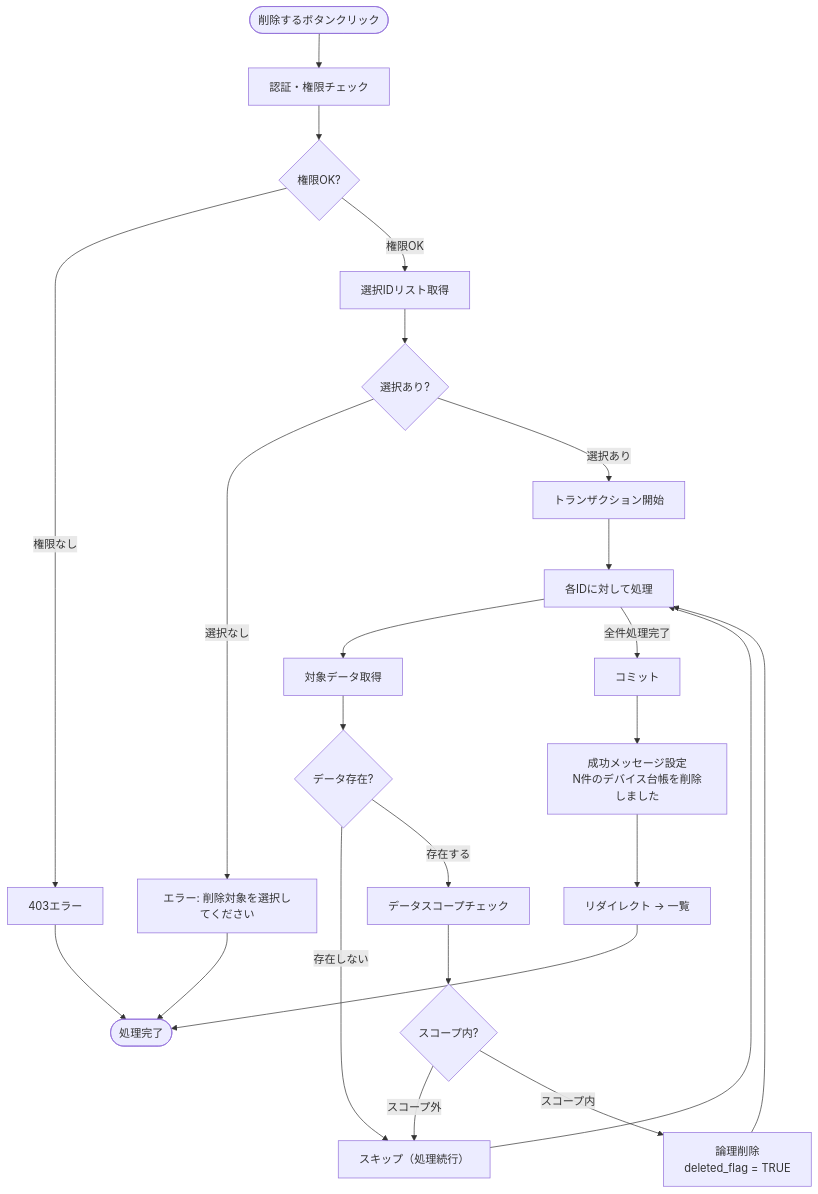
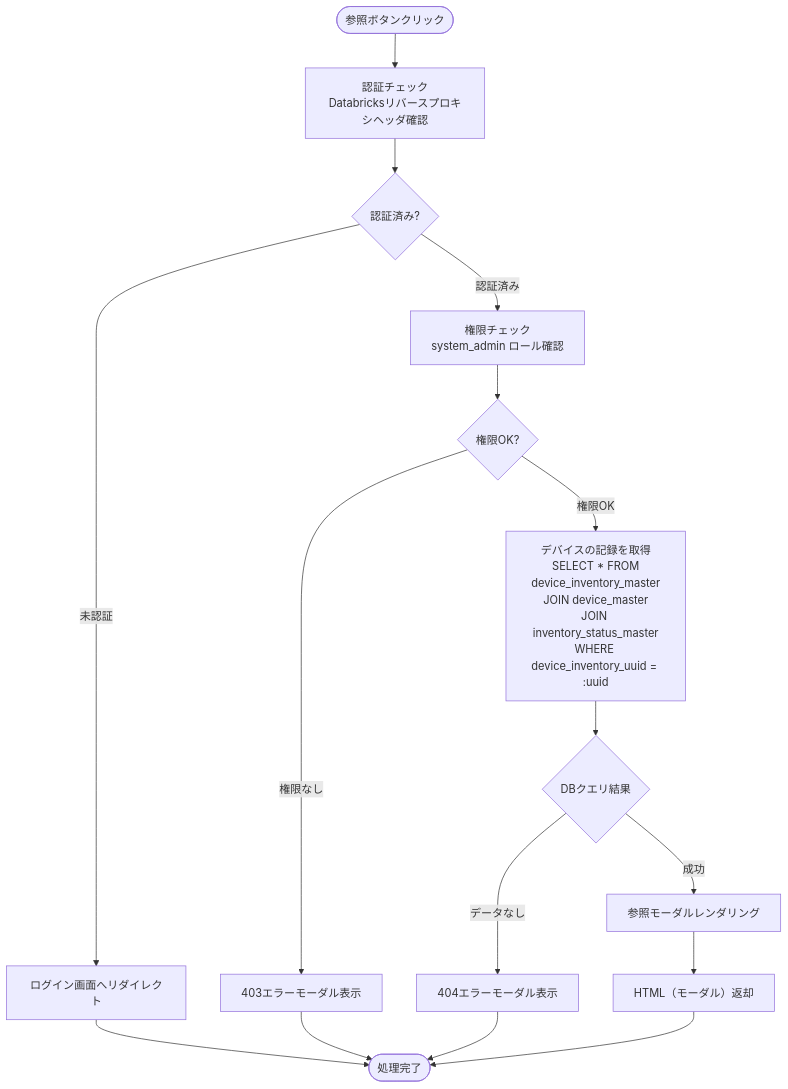
The eighth of 9 diagrams in docs/03-features/flask-app/device-inventory/workflow-specification.md (NSW-SVCP-AIWG002/Databricks-IoT), drawn with Mermaid before and after one commit. The commit also changed other lines of this file and 89 other files, not shown here.

````diff
--- a/docs/03-features/flask-app/device-inventory/workflow-specification.md
+++ b/docs/03-features/flask-app/device-inventory/workflow-specification.md
@@ -667,35 +1068,22 @@
 ```mermaid
 flowchart TD
-    Start([削除するボタンクリック]) --> Auth[認証・権限チェック]
-    Auth --> CheckPerm{権限OK?}
-    CheckPerm -->|権限なし| Error403[403エラー]
+    Start([参照ボタンクリック]) --> Auth[認証チェック<br>Databricksリバースプロキシヘッダ確認]
+    Auth --> CheckAuth{認証済み?}
+    CheckAuth -->|未認証| Error401[ログイン画面へリダイレクト]
+    Error401 --> End([処理完了])
 
-    CheckPerm -->|権限OK| CheckIds[選択IDリスト取得]
-    CheckIds --> CheckEmpty{選択あり?}
+    CheckAuth -->|認証済み| Permission[権限チェック<br>system_admin ロール確認]
+    Permission --> CheckPerm{権限OK?}
+    CheckPerm -->|権限なし| Error403[403エラーモーダル表示]
+    Error403 --> End
 
-    CheckEmpty -->|選択なし| Error400[エラー: 削除対象を選択してください]
+    CheckPerm -->|権限OK| Query[デバイスの記録を取得<br>SELECT * FROM<br>device_inventory_master<br>JOIN device_master<br>JOIN inventory_status_master<br>WHERE device_inventory_uuid = :uuid]
+    Query --> CheckDB{DBクエリ結果}
 
-    CheckEmpty -->|選択あり| BeginTx[トランザクション開始]
-    BeginTx --> Loop[各IDに対して処理]
-    Loop --> Query[対象データ取得]
-    Query --> CheckDB{データ存在?}
+    CheckDB -->|データなし| Error404[404エラーモーダル表示]
+    Error404 --> End
 
-    CheckDB -->|存在しない| Skip[スキップ（処理続行）]
-    Skip --> Loop
-
-    CheckDB -->|存在する| ScopeCheck[データスコープチェック]
-    ScopeCheck --> ScopeResult{スコープ内?}
-
-    ScopeResult -->|スコープ外| Skip
-
-    ScopeResult -->|スコープ内| Update[論理削除<br>deleted_flag = TRUE]
-    Update --> Loop
-
-    Loop -->|全件処理完了| Commit[コミット]
-    Commit --> Flash[成功メッセージ設定<br>N件のデバイス台帳を削除しました]
-    Flash --> Redirect[リダイレクト → 一覧]
-
-    Error403 --> End([処理完了])
-    Error400 --> End
-    Redirect --> End
+    CheckDB -->|成功| Template[参照モーダルレンダリング]
+    Template --> Response[HTML（モーダル）返却]
+    Response --> End
 ```
````
